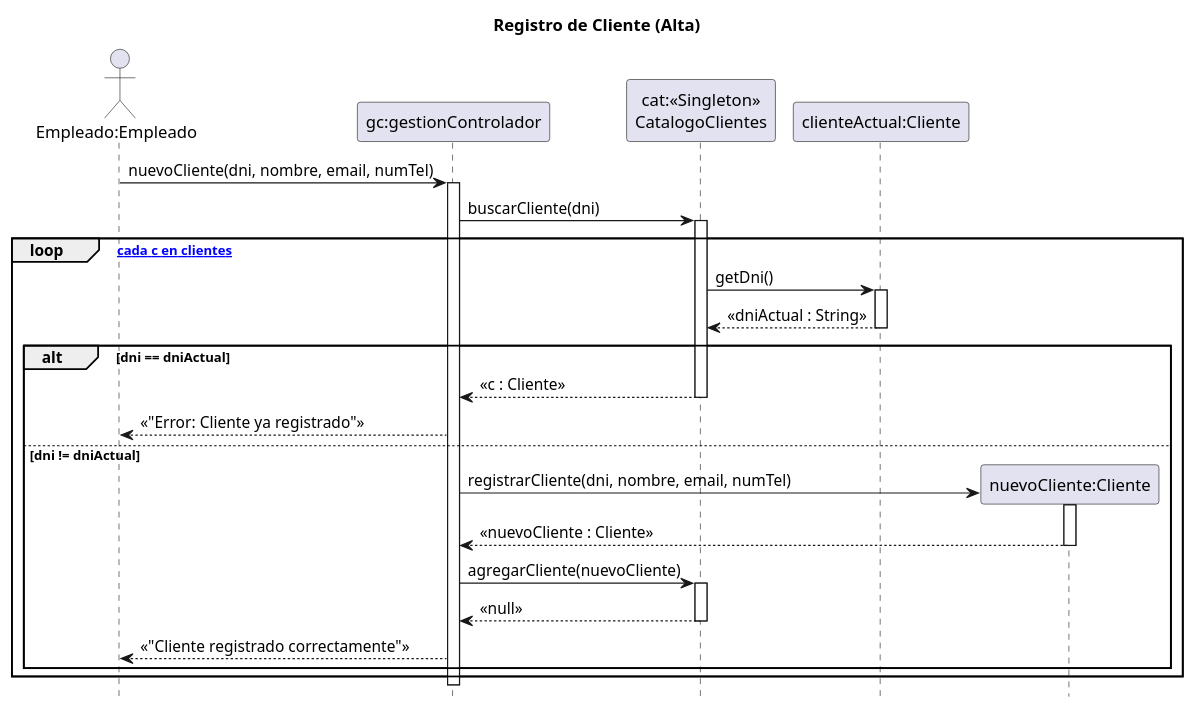
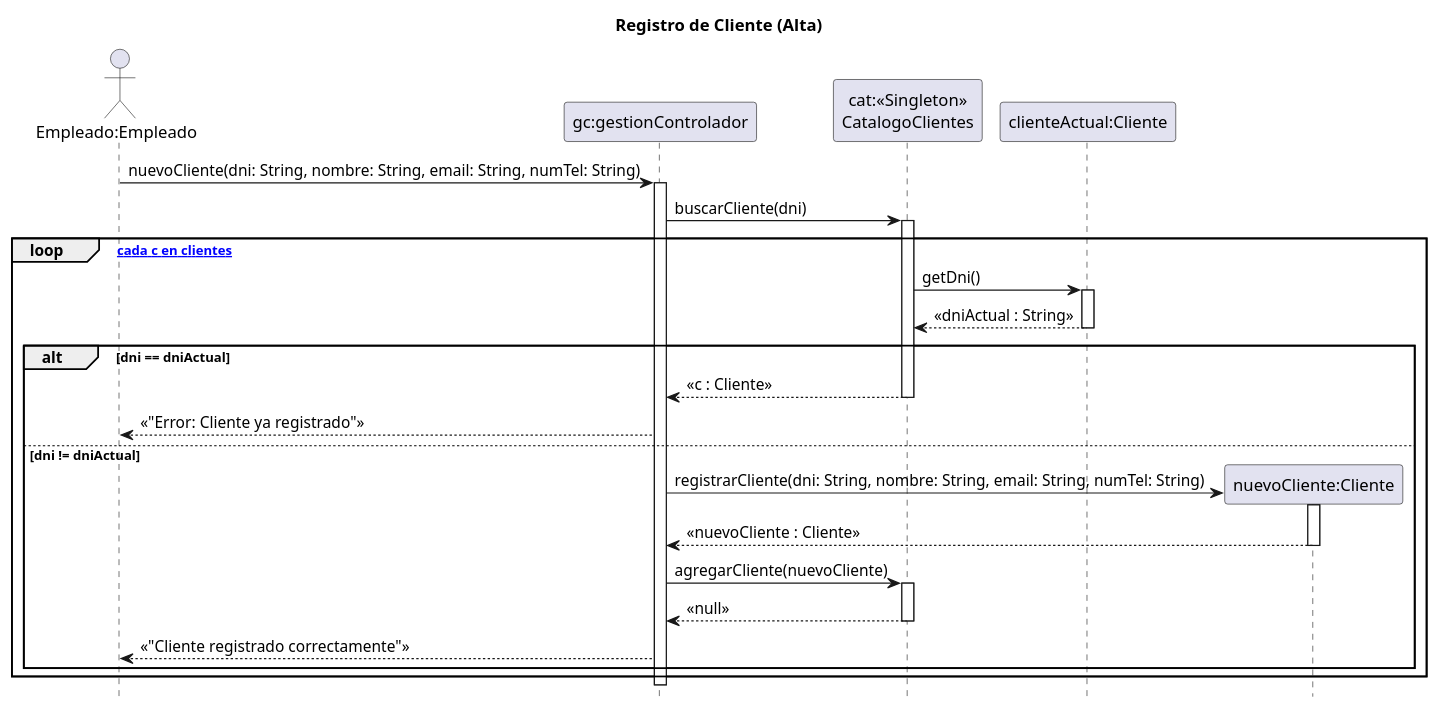
The diagram in 08 - Diagramas de Secuencia de Diseño/CargaClientes/CargaClientes.puml (zEzequR/PF-I), drawn with PlantUML before and after one commit. The commit also changed 1 other file, not shown here.

```diff
--- a/08 - Diagramas de Secuencia de Diseño/CargaClientes/CargaClientes.puml
+++ b/08 - Diagramas de Secuencia de Diseño/CargaClientes/CargaClientes.puml
@@ -1,51 +1,51 @@
 @startuml
 title Registro de Cliente (Alta)
 
 hide footbox
 
 actor "Empleado:Empleado" as emp
 participant "gc:gestionControlador" as ctrl
 participant "cat:<<Singleton>>\nCatalogoClientes" as cat
 participant "clienteActual:Cliente" as cliente_actual
 
-emp -> ctrl : nuevoCliente(dni, nombre, email, numTel)
+emp -> ctrl : nuevoCliente(dni: String, nombre: String, email: String, numTel: String)
 activate ctrl
 
 ctrl -> cat : buscarCliente(dni)
 activate cat
 
 loop [para cada c en clientes]
     cat -> cliente_actual : getDni()
     activate cliente_actual
     cliente_actual --> cat : << dniActual : String >>
     deactivate cliente_actual
     
     alt dni == dniActual
         cat --> ctrl : << c : Cliente >>
         deactivate cat
         
         ctrl --> emp : << "Error: Cliente ya registrado" >>
 
     else dni != dniActual
 
         deactivate cat
 
         create participant "nuevoCliente:Cliente" as nuevo_cliente
-        ctrl -> nuevo_cliente : registrarCliente(dni, nombre, email, numTel)
+        ctrl -> nuevo_cliente : registrarCliente(dni: String, nombre: String, email: String, numTel: String)
         activate nuevo_cliente
         nuevo_cliente --> ctrl : << nuevoCliente : Cliente >>
         deactivate nuevo_cliente
 
         ctrl -> cat : agregarCliente(nuevoCliente)
         activate cat
         
         cat --> ctrl : << null >>
         deactivate cat
         
         ctrl --> emp : << "Cliente registrado correctamente" >>
         
     end
 end
 
 deactivate ctrl
 @enduml
```
